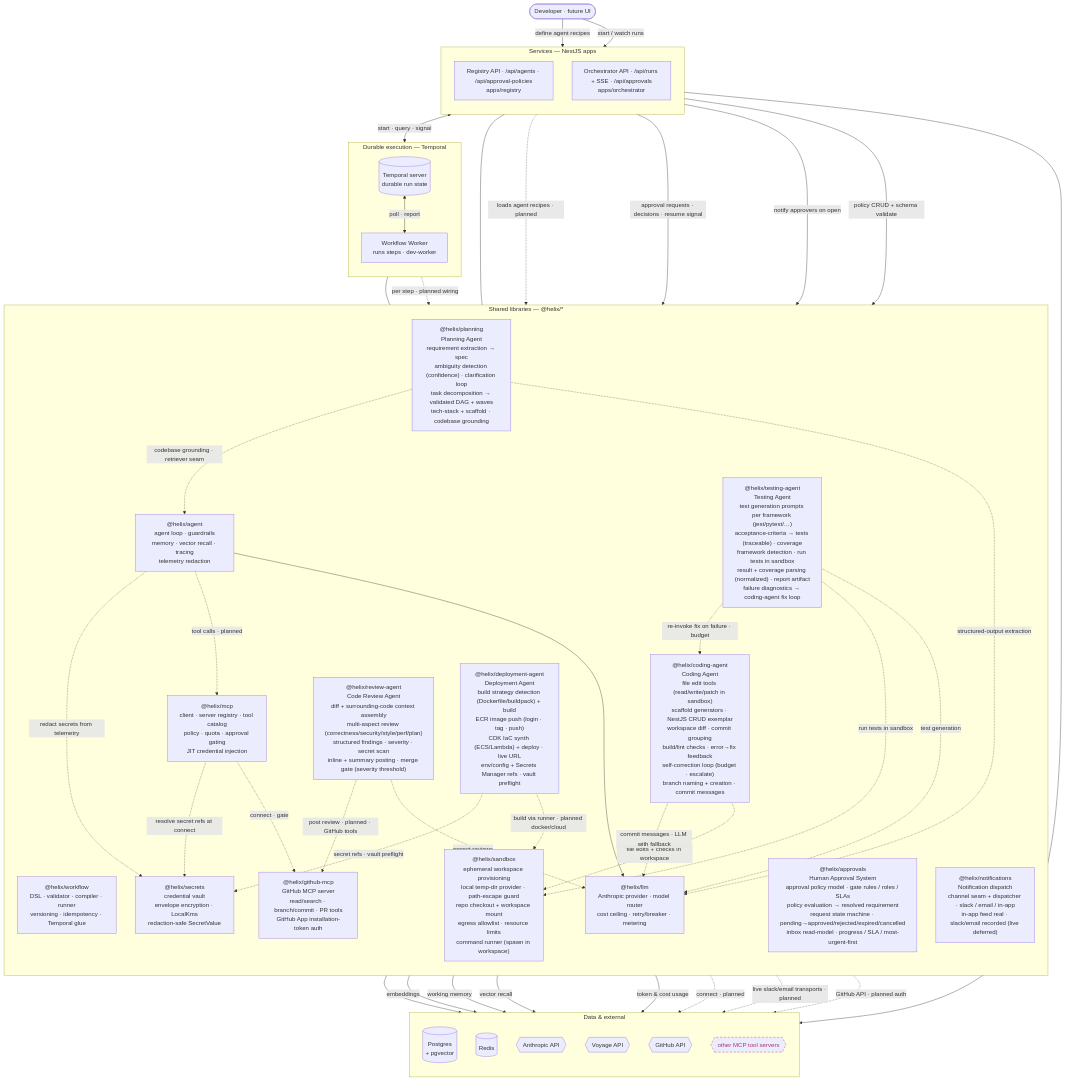
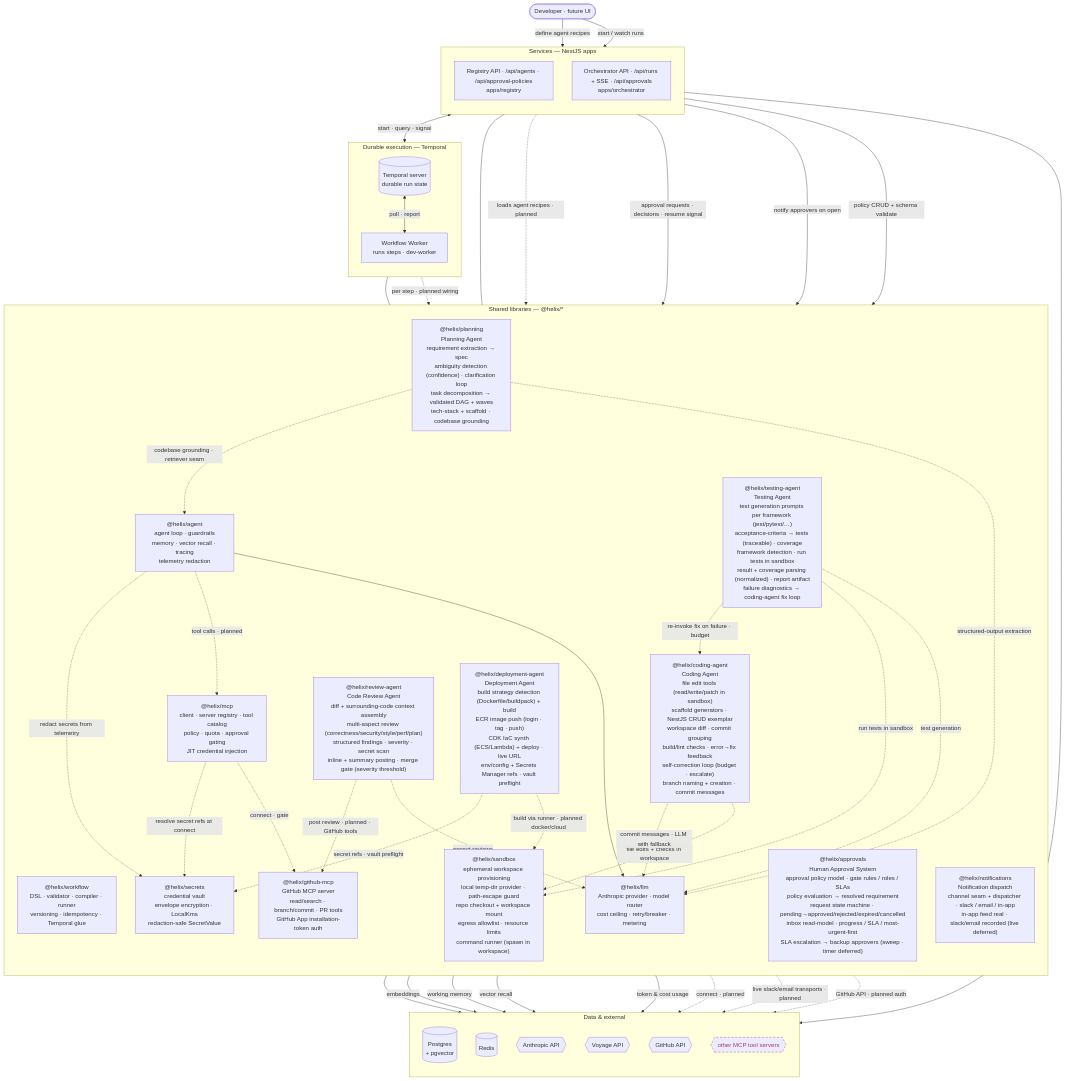
Before and after one commit to shhashhank/helix: the first of 2 diagrams in docs/ARCHITECTURE.md, drawn with Mermaid. The commit also changed other lines of this file and 15 other files, not shown here.

First line of the commit message:
HELIX-134: SLA timers + escalation (#98)

```diff
--- a/docs/ARCHITECTURE.md
+++ b/docs/ARCHITECTURE.md
@@ -43,7 +43,7 @@
     rev["@helix/review-agent<br/>Code Review Agent<br/>diff + surrounding-code context assembly<br/>multi-aspect review (correctness/security/style/perf/plan)<br/>structured findings · severity · secret scan<br/>inline + summary posting · merge gate (severity threshold)"]
     tst["@helix/testing-agent<br/>Testing Agent<br/>test generation prompts per framework (jest/pytest/…)<br/>acceptance-criteria → tests (traceable) · coverage<br/>framework detection · run tests in sandbox<br/>result + coverage parsing (normalized) · report artifact<br/>failure diagnostics → coding-agent fix loop"]
     dep["@helix/deployment-agent<br/>Deployment Agent<br/>build strategy detection (Dockerfile/buildpack) + build<br/>ECR image push (login · tag · push)<br/>CDK IaC synth (ECS/Lambda) + deploy · live URL<br/>env/config + Secrets Manager refs · vault preflight"]
-    apv["@helix/approvals<br/>Human Approval System<br/>approval policy model · gate rules / roles / SLAs<br/>policy evaluation → resolved requirement<br/>request state machine · pending→approved/rejected/expired/cancelled<br/>inbox read-model · progress / SLA / most-urgent-first"]
+    apv["@helix/approvals<br/>Human Approval System<br/>approval policy model · gate rules / roles / SLAs<br/>policy evaluation → resolved requirement<br/>request state machine · pending→approved/rejected/expired/cancelled<br/>inbox read-model · progress / SLA / most-urgent-first<br/>SLA escalation → backup approvers (sweep · timer deferred)"]
     ntf["@helix/notifications<br/>Notification dispatch<br/>channel seam + dispatcher · slack / email / in-app<br/>in-app feed real · slack/email recorded (live deferred)"]
   end
 
```
